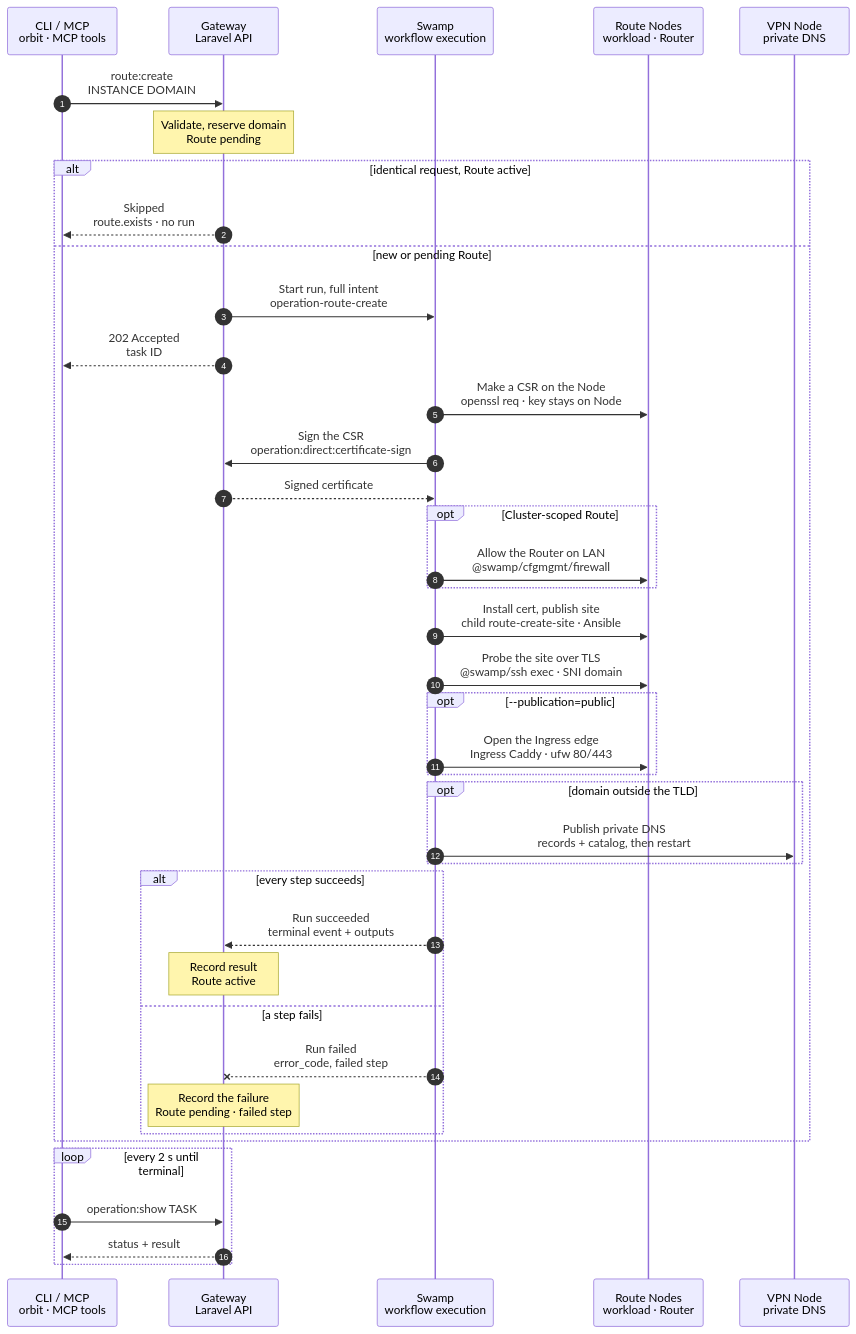
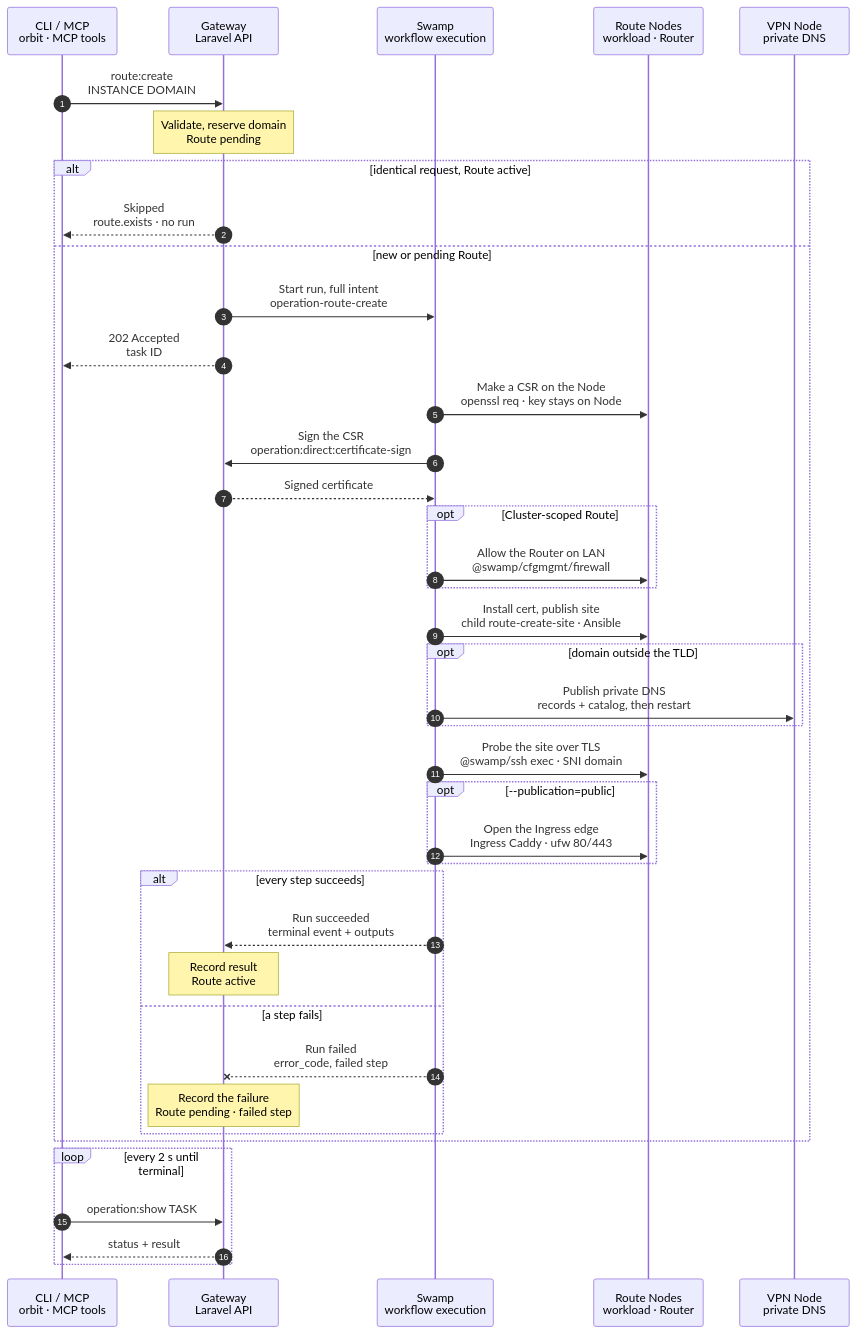
One commit to hardimpactdev/orbit changed the diagram in docs/cli/route/create.mmd. Above: the diagram before and after it, drawn with Mermaid. The commit also changed 5 other files, not shown here.

First line of the commit message:
Route create: certificate steps on the checkout and setup levels, DNS beside the site (#3024)

```diff
--- a/docs/cli/route/create.mmd
+++ b/docs/cli/route/create.mmd
@@ -1,61 +1,64 @@
 sequenceDiagram
   %% Target design: ADR 0244 task, one Swamp run, certificate signing is the one step-to-Gateway call. docs/reference/routes.md#create-and-change-targets.
   %% Decided by the orchestrator, for Nick's review (2026-11-06): the site child is one Ansible phase per Node (tags site), because each placed Swamp step costs about 1.2 s and the child ran 30 in series (47.6 s measured).
+  %% Decided by the orchestrator, for Nick's review (2026-11-06): private DNS is published beside the site install, not last (it waited 4 to 7 s for the site and the probe it does not depend on).
   %% status: draft
   %% command: route:create
   %% kind: route.create
   autonumber
   %% lane CLI icon=terminal pill=caller tone=gray
   %% lane GW icon=gateway pill=intent tone=blue
   %% lane SW icon=workflow pill=executes tone=green
   %% lane N icon=server pill=target tone=amber
   %% lane V icon=server pill=target tone=purple
   participant CLI as CLI / MCP<br/>orbit · MCP tools
   participant GW as Gateway<br/>Laravel API
   participant SW as Swamp<br/>workflow execution
   participant N as Route Nodes<br/>workload · Router
   participant V as VPN Node<br/>private DNS
   CLI->>GW: route:create<br/>INSTANCE DOMAIN
   Note over GW: Validate, reserve domain<br/>Route pending
   alt identical request, Route active
     GW-->>CLI: Skipped<br/>route.exists · no run
     %%> Result:
     %%> - the command succeeds and changes nothing; a different request for the domain is refused with `route.retry_conflict`
   else new or pending Route
     GW->>SW: Start run, full intent<br/>operation-route-create
     GW-->>CLI: 202 Accepted<br/>task ID
     SW->>N: Make a CSR on the Node<br/>openssl req · key stays on Node
     SW->>GW: Sign the CSR<br/>operation:direct:certificate-sign
     %%> Why a call to the Gateway:
     %%> - certificate signing is the one allowed step-to-Gateway call; the Orbit CA stays in the Gateway
     GW-->>SW: Signed certificate
     opt Cluster-scoped Route
       SW->>N: Allow the Router on LAN<br/>@swamp/cfgmgmt/firewall
     end
     SW->>N: Install cert, publish site<br/>child route-create-site · Ansible
+    opt domain outside the TLD
+      SW->>V: Publish private DNS<br/>records + catalog, then restart
+      %%> When:
+      %%> - beside the site install, not after the probe: it needs nothing from the site and waits only for the earlier steps. A failed install can leave a record that points at a Node without the site, and a failed DNS publish now skips the probe and the Ingress edge; a rerun or the Route removal replaces the record
+    end
     SW->>N: Probe the site over TLS<br/>@swamp/ssh exec · SNI domain
     %%> Why:
     %%> - the probe checks the hostname and the trusted chain; it does not need a successful application HTTP response
     opt --publication=public
       SW->>N: Open the Ingress edge<br/>Ingress Caddy · ufw 80/443
-    end
-    opt domain outside the TLD
-      SW->>V: Publish private DNS<br/>records + catalog, then restart
     end
     alt every step succeeds
       SW-->>GW: Run succeeded<br/>terminal event + outputs
       Note over GW: Record result<br/>Route active
     else a step fails
       SW--xGW: Run failed<br/>error_code, failed step
       Note over GW: Record the failure<br/>Route pending · failed step
       %%> On the Nodes:
       %%> - a failed validation leaves the candidate Caddyfile and stops the reload; other changes stay; there is no rollback
       %%> Retry:
       %%> - fix the cause and run the same command again; it resumes the pending Route
       %%> - `route:destroy` removes the Route and its files
     end
   end
   loop every 2 s until terminal
     CLI->>GW: operation:show TASK
     GW-->>CLI: status + result
   end
```
